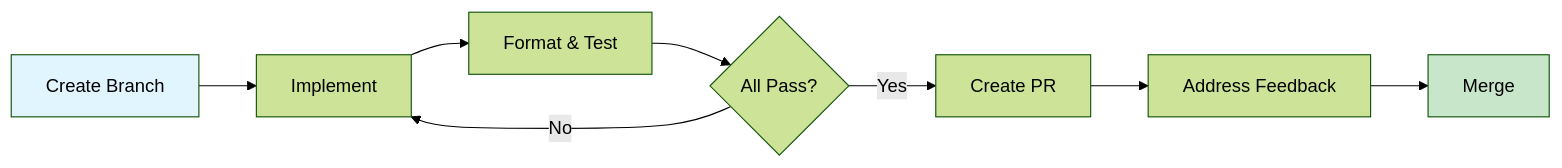
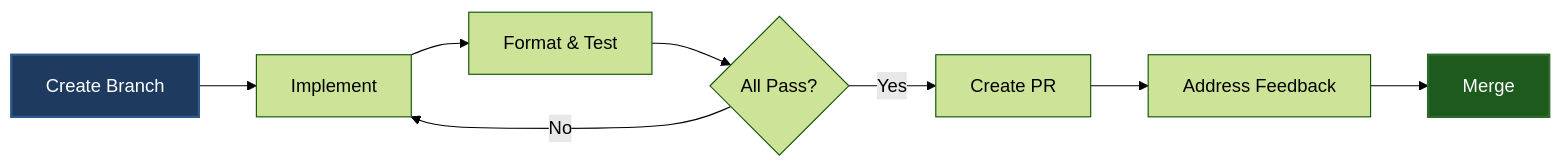
One commit to sovavibe/start changed the second of 3 diagrams in docs/ROLES.md. Above: the diagram before and after it, drawn with Mermaid (forest theme). The commit also changed other lines of this file and 37 other files, not shown here.

````diff
--- a/docs/ROLES.md
+++ b/docs/ROLES.md
@@ -102,13 +102,13 @@
 ```mermaid
 graph LR
     A[Create Branch] --> B[Implement]
     B --> C[Format & Test]
     C --> D{All Pass?}
     D -->|No| B
     D -->|Yes| E[Create PR]
     E --> F[Address Feedback]
     F --> G[Merge]
     
-    style A fill:#e1f5ff
-    style G fill:#c8e6c9
+    style A fill:#1e3a5f,stroke:#2c5a8a,stroke-width:2px,color:#fff
+    style G fill:#1e5a1e,stroke:#2d6b2d,stroke-width:2px,color:#fff
 ```
````
